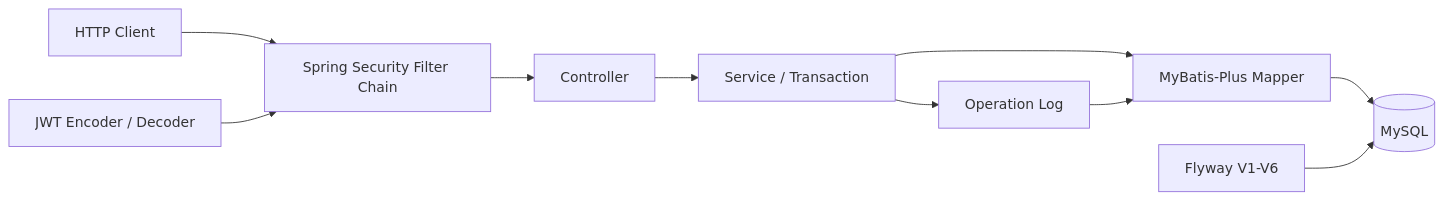
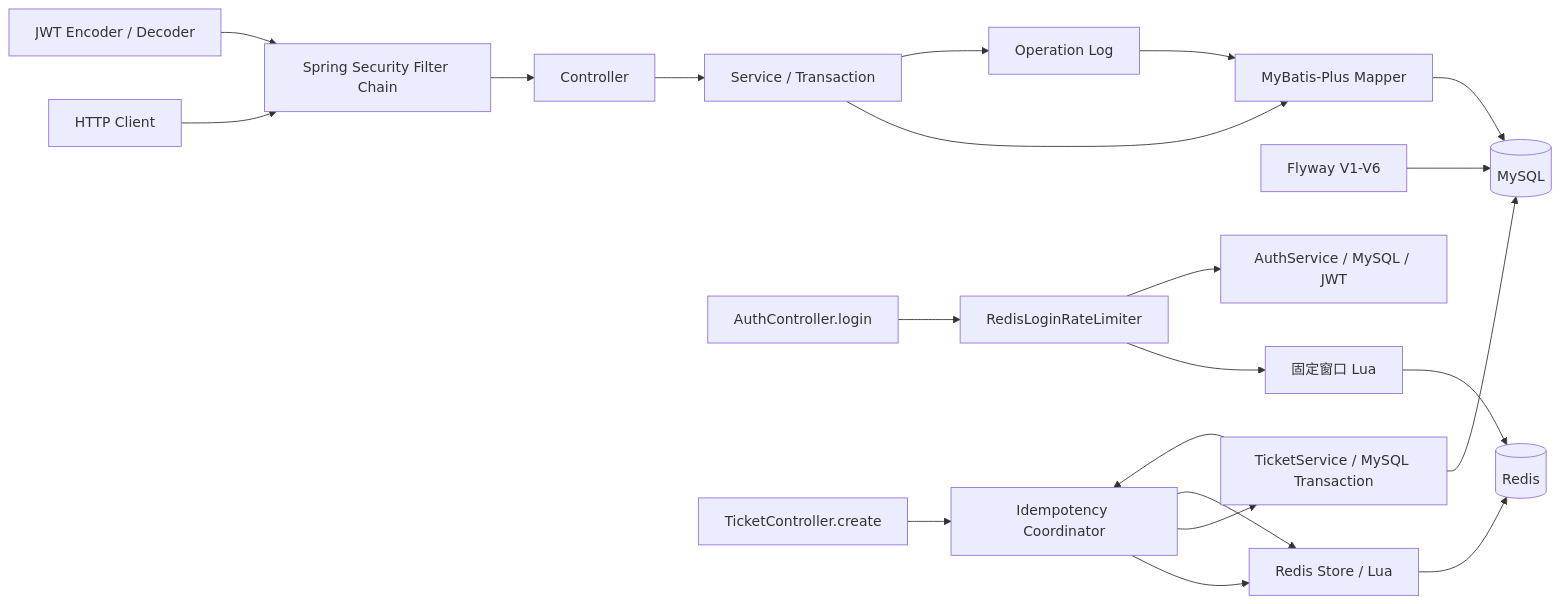
The diagram in README.md (zc2777038647/ai-ticket-platform), drawn with Mermaid before and after one commit. The commit also changed other lines of this file and 9 other files, not shown here.

Commit message:
docs: document Redis rate limiting and idempotency

````diff
--- a/README.md
+++ b/README.md
@@ -58,12 +68,23 @@
 ```mermaid
 flowchart LR
     Client["HTTP Client"] --> Security["Spring Security Filter Chain"]
     Security --> Controller["Controller"]
     Controller --> Service["Service / Transaction"]
     Service --> Mapper["MyBatis-Plus Mapper"]
     Mapper --> MySQL[("MySQL")]
     JWT["JWT Encoder / Decoder"] --> Security
     Flyway["Flyway V1-V6"] --> MySQL
     Service --> Log["Operation Log"]
     Log --> Mapper
+    Auth["AuthController.login"] --> RateLimiter["RedisLoginRateLimiter"]
+    RateLimiter --> RateLua["固定窗口 Lua"]
+    RateLua --> Redis[("Redis")]
+    RateLimiter --> AuthService["AuthService / MySQL / JWT"]
+    Create["TicketController.create"] --> Coordinator["Idempotency Coordinator"]
+    Coordinator --> Store["Redis Store / Lua"]
+    Store --> Redis
+    Coordinator --> TicketService["TicketService / MySQL Transaction"]
+    TicketService --> MySQL
+    TicketService --> Coordinator
+    Coordinator --> Store
 ```
````
